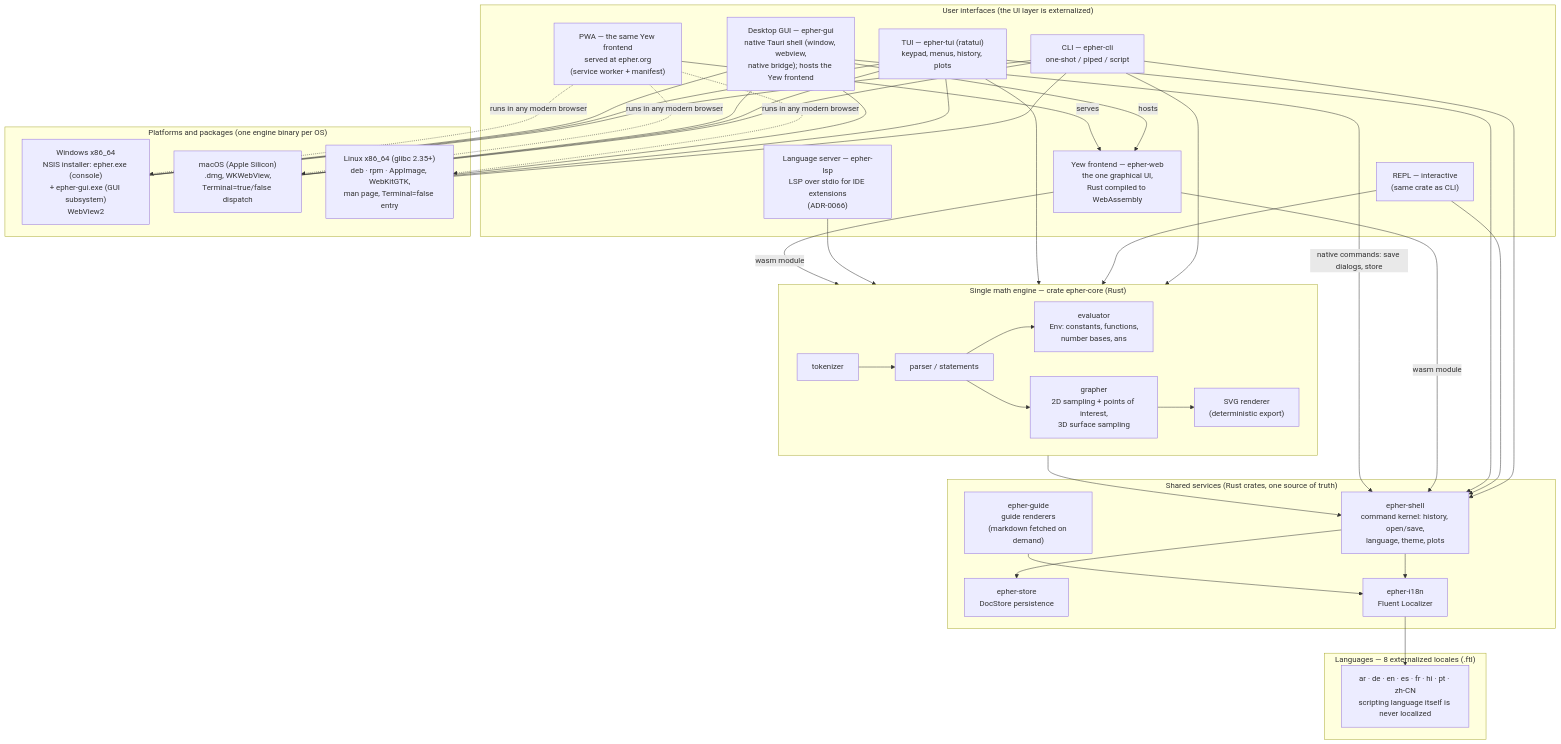
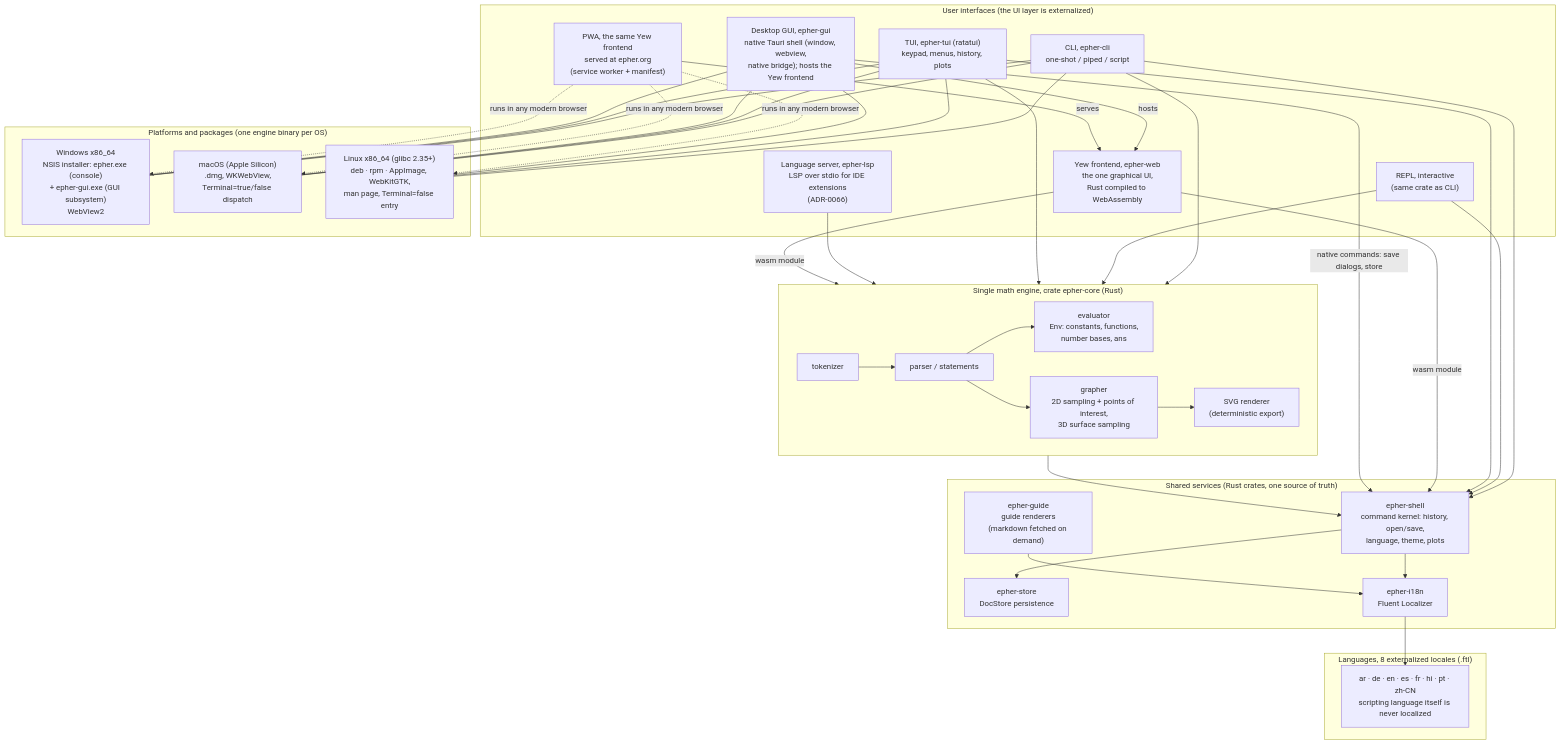
The first of 2 diagrams in docs/architecture.md (upyesp/epher), drawn with Mermaid before and after one commit. The commit also changed other lines of this file and 247 other files, not shown here.

````diff
--- a/docs/architecture.md
+++ b/docs/architecture.md
@@ -14,62 +14,62 @@
 ```mermaid
 flowchart TB
-    subgraph engine["Single math engine — crate epher-core (Rust)"]
+    subgraph engine["Single math engine, crate epher-core (Rust)"]
         direction LR
         LEX["tokenizer"] --> PARSE["parser / statements"]
         PARSE --> EVAL["evaluator<br/>Env: constants, functions,<br/>number bases, ans"]
         PARSE --> GRAPH["grapher<br/>2D sampling + points of interest,<br/>3D surface sampling"]
         GRAPH --> SVG["SVG renderer<br/>(deterministic export)"]
     end
 
     subgraph svc["Shared services (Rust crates, one source of truth)"]
         SHELL["epher-shell<br/>command kernel: history, open/save,<br/>language, theme, plots"]
         STORE["epher-store<br/>DocStore persistence"]
         I18N["epher-i18n<br/>Fluent Localizer"]
         GUIDE["epher-guide<br/>guide renderers<br/>(markdown fetched on demand)"]
     end
 
     subgraph ui["User interfaces (the UI layer is externalized)"]
-        CLI["CLI — epher-cli<br/>one-shot / piped / script"]
-        REPL["REPL — interactive<br/>(same crate as CLI)"]
-        TUI["TUI — epher-tui (ratatui)<br/>keypad, menus, history, plots"]
-        WEBAPP["Yew frontend — epher-web<br/>the one graphical UI,<br/>Rust compiled to WebAssembly"]
-        GUI["Desktop GUI — epher-gui<br/>native Tauri shell (window, webview,<br/>native bridge); hosts the Yew frontend"]
-        PWA["PWA — the same Yew frontend<br/>served at epher.org<br/>(service worker + manifest)"]
-        LSP["Language server — epher-lsp<br/>LSP over stdio for IDE extensions<br/>(ADR-0066)"]
+        CLI["CLI, epher-cli<br/>one-shot / piped / script"]
+        REPL["REPL, interactive<br/>(same crate as CLI)"]
+        TUI["TUI, epher-tui (ratatui)<br/>keypad, menus, history, plots"]
+        WEBAPP["Yew frontend, epher-web<br/>the one graphical UI,<br/>Rust compiled to WebAssembly"]
+        GUI["Desktop GUI, epher-gui<br/>native Tauri shell (window, webview,<br/>native bridge); hosts the Yew frontend"]
+        PWA["PWA, the same Yew frontend<br/>served at epher.org<br/>(service worker + manifest)"]
+        LSP["Language server, epher-lsp<br/>LSP over stdio for IDE extensions<br/>(ADR-0066)"]
     end
 
-    subgraph lang["Languages — 8 externalized locales (.ftl)"]
+    subgraph lang["Languages, 8 externalized locales (.ftl)"]
         L8["ar · de · en · es · fr · hi · pt · zh-CN<br/>scripting language itself is never localized"]
     end
 
     subgraph plat["Platforms and packages (one engine binary per OS)"]
         WIN["Windows x86_64<br/>NSIS installer: epher.exe (console)<br/>+ epher-gui.exe (GUI subsystem)<br/>WebView2"]
         MAC["macOS (Apple Silicon)<br/>.dmg, WKWebView,<br/>Terminal=true/false dispatch"]
         LIN["Linux x86_64 (glibc 2.35+)<br/>deb · rpm · AppImage, WebKitGTK,<br/>man page, Terminal=false entry"]
     end
 
     engine --> SHELL
     SHELL --> STORE
     SHELL --> I18N
     I18N --> L8
     GUIDE --> I18N
 
     CLI --> engine
     REPL --> engine
     TUI --> engine
     LSP --> engine
     CLI --> SHELL
     REPL --> SHELL
     TUI --> SHELL
 
     WEBAPP -->|wasm module| engine
     WEBAPP -->|wasm module| SHELL
     GUI -->|hosts| WEBAPP
     PWA -->|serves| WEBAPP
     GUI -->|native commands: save dialogs, store| SHELL
 
     CLI --- WIN & MAC & LIN
     TUI --- WIN & MAC & LIN
     GUI --- WIN & MAC & LIN
     PWA -.->|runs in any modern browser| WIN & MAC & LIN
 ```
````
